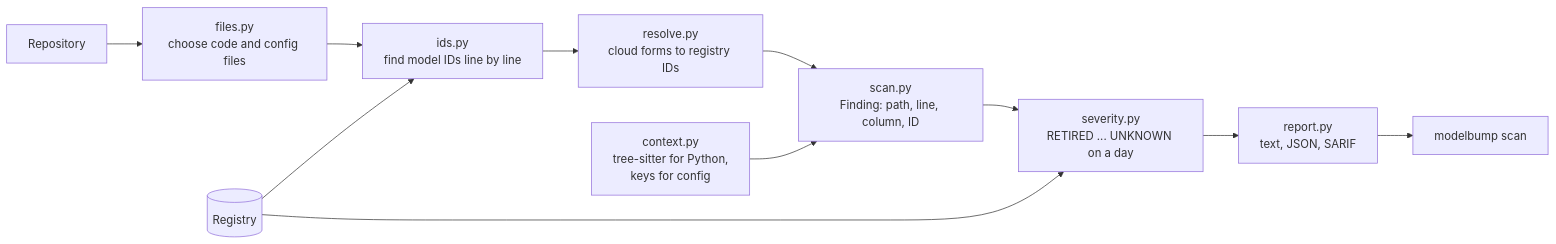
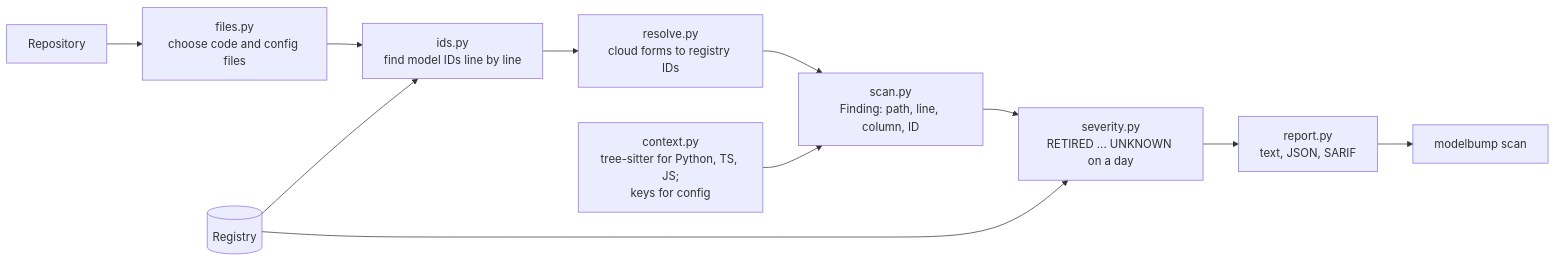
One commit to actions-marketplace-validations/imhammad_modelbump changed the diagram in docs/architecture/scanner.md. Above: the diagram before and after it, drawn with Mermaid. The commit also changed other lines of this file and 11 other files, not shown here.

````diff
--- a/docs/architecture/scanner.md
+++ b/docs/architecture/scanner.md
@@ -7,13 +7,13 @@
 ```mermaid
 flowchart LR
     repo[Repository] --> files[files.py<br/>choose code and config files]
     files --> ids[ids.py<br/>find model IDs line by line]
     registry[(Registry)] --> ids
     ids --> resolve[resolve.py<br/>cloud forms to registry IDs]
     resolve --> scan[scan.py<br/>Finding: path, line, column, ID]
-    context[context.py<br/>tree-sitter for Python,<br/>keys for config] --> scan
+    context[context.py<br/>tree-sitter for Python, TS, JS;<br/>keys for config] --> scan
     scan --> severity[severity.py<br/>RETIRED ... UNKNOWN on a day]
     registry --> severity
     severity --> report[report.py<br/>text, JSON, SARIF]
     report --> cli[modelbump scan]
 ```
````
